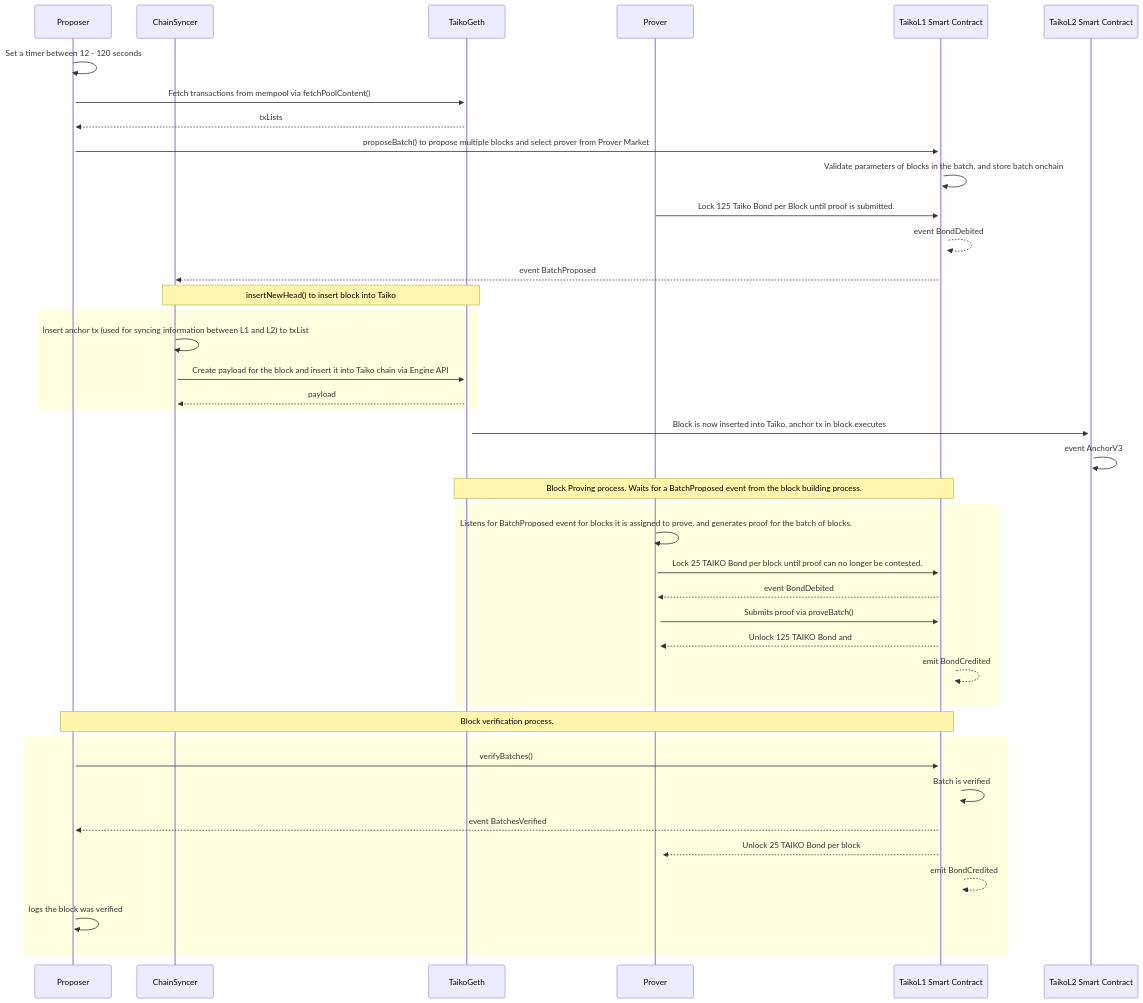
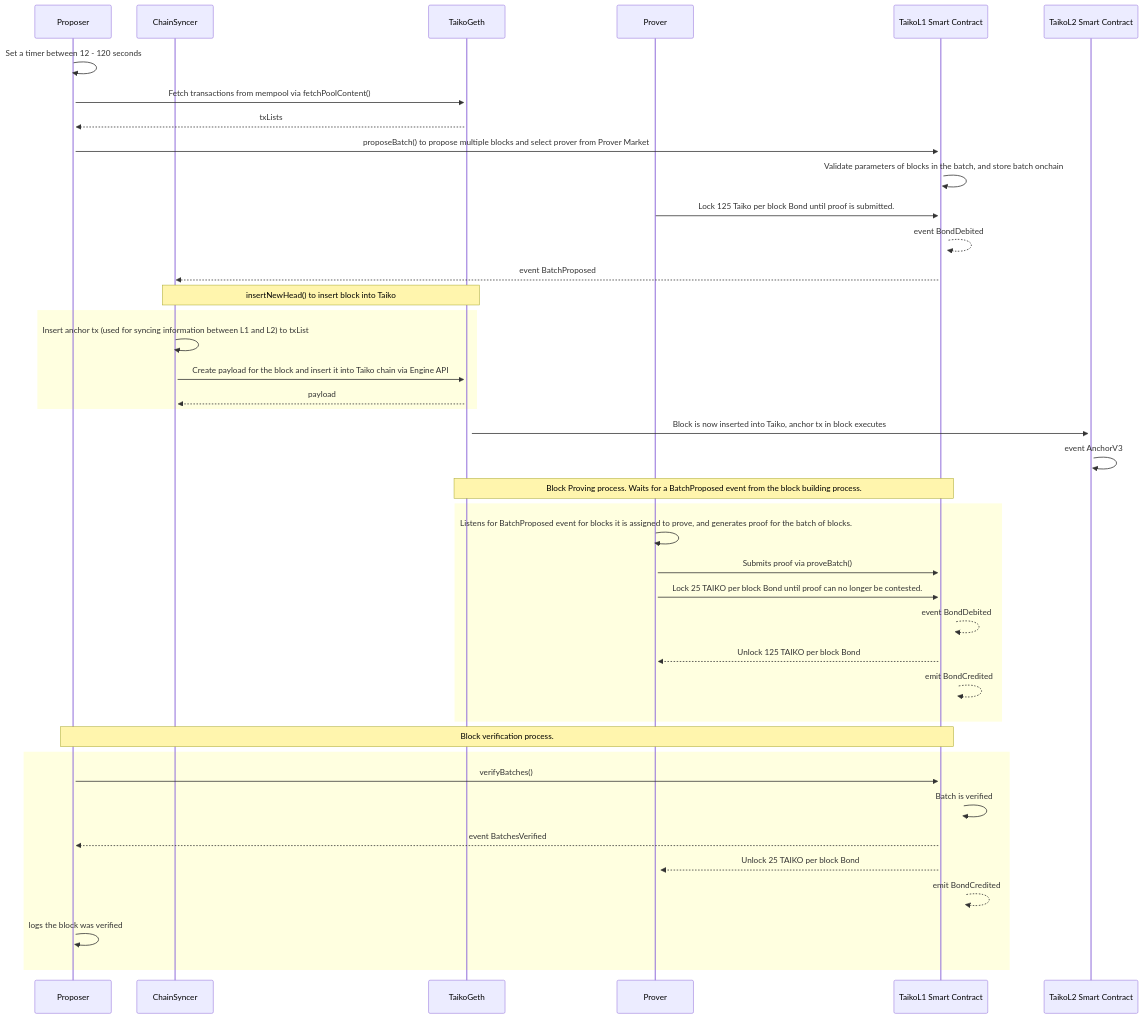
The diagram in diagram.MD (fahimahmedx/taiko-block-building), drawn with Mermaid before and after one commit.

Commit message:
simplify flow

````diff
--- a/diagram.MD
+++ b/diagram.MD
@@ -1,45 +1,45 @@
 ```mermaid
 sequenceDiagram
 participant Proposer
 participant ChainSyncer
 participant TaikoGeth
 participant Prover
 participant TaikoL1 Smart Contract
 participant TaikoL2 Smart Contract
 
 
 Proposer->>+Proposer: Set a timer between 12 - 120 seconds
 Proposer->>+TaikoGeth: Fetch transactions from mempool via fetchPoolContent()
 TaikoGeth-->>Proposer: txLists
 Proposer->>+TaikoL1 Smart Contract: proposeBatch() to propose multiple blocks and select prover from Prover Market
 TaikoL1 Smart Contract->>+TaikoL1 Smart Contract: Validate parameters of blocks in the batch, and store batch onchain
-Prover->>+TaikoL1 Smart Contract: Lock 125 Taiko Bond per Block until proof is submitted.
+Prover->>+TaikoL1 Smart Contract: Lock 125 Taiko per block Bond until proof is submitted.
 TaikoL1 Smart Contract-->>+TaikoL1 Smart Contract: event BondDebited
 TaikoL1 Smart Contract-->>ChainSyncer: event BatchProposed
 note over ChainSyncer,TaikoGeth: insertNewHead() to insert block into Taiko
 rect LightYellow
 ChainSyncer->>+ChainSyncer: Insert anchor tx (used for syncing information between L1 and L2) to txList
 ChainSyncer->>+TaikoGeth: Create payload for the block and insert it into Taiko chain via Engine API
 TaikoGeth-->>+ChainSyncer: payload
 end
 TaikoGeth->>+TaikoL2 Smart Contract: Block is now inserted into Taiko, anchor tx in block executes
 TaikoL2 Smart Contract->>+TaikoL2 Smart Contract: event AnchorV3
 note over TaikoGeth,TaikoL1 Smart Contract: Block Proving process. Waits for a BatchProposed event from the block building process.
 rect LightYellow
 Prover->>+Prover: Listens for BatchProposed event for blocks it is assigned to prove, and generates proof for the batch of blocks.
-Prover->>+TaikoL1 Smart Contract: Lock 25 TAIKO Bond per block until proof can no longer be contested.
-TaikoL1 Smart Contract-->>+Prover: event BondDebited
 Prover->>+TaikoL1 Smart Contract: Submits proof via proveBatch()
-TaikoL1 Smart Contract-->>+Prover: Unlock 125 TAIKO Bond and 
+Prover->>+TaikoL1 Smart Contract: Lock 25 TAIKO per block Bond until proof can no longer be contested.
+TaikoL1 Smart Contract-->>+TaikoL1 Smart Contract: event BondDebited
+TaikoL1 Smart Contract-->>+Prover: Unlock 125 TAIKO per block Bond 
 TaikoL1 Smart Contract-->>+TaikoL1 Smart Contract: emit BondCredited
 end
 note over Proposer,TaikoL1 Smart Contract: Block verification process.
 rect LightYellow
 Proposer->>+TaikoL1 Smart Contract: verifyBatches()
 TaikoL1 Smart Contract->>+TaikoL1 Smart Contract: Batch is verified
 TaikoL1 Smart Contract-->>Proposer: event BatchesVerified
-TaikoL1 Smart Contract-->>+Prover: Unlock 25 TAIKO Bond per block
+TaikoL1 Smart Contract-->>+Prover: Unlock 25 TAIKO per block Bond
 TaikoL1 Smart Contract-->>+TaikoL1 Smart Contract: emit BondCredited
 Proposer->>+Proposer: logs the block was verified
 end
 ```
````
